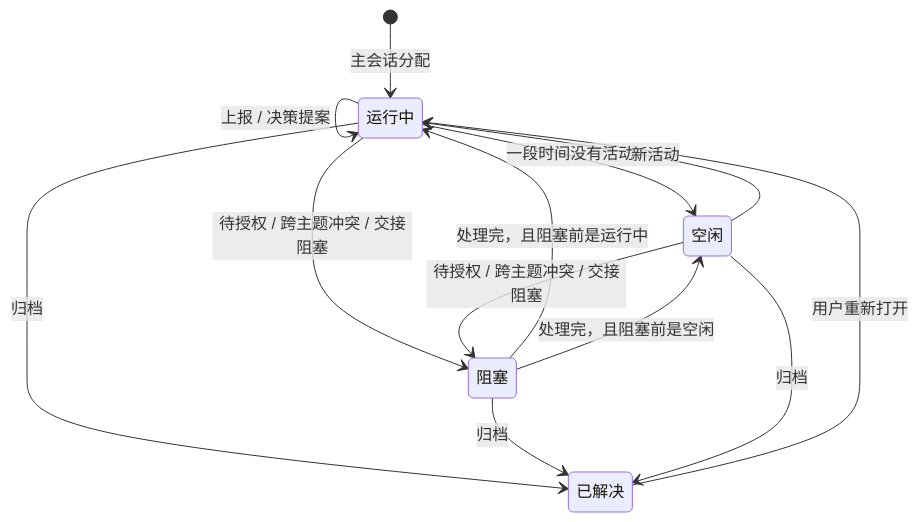
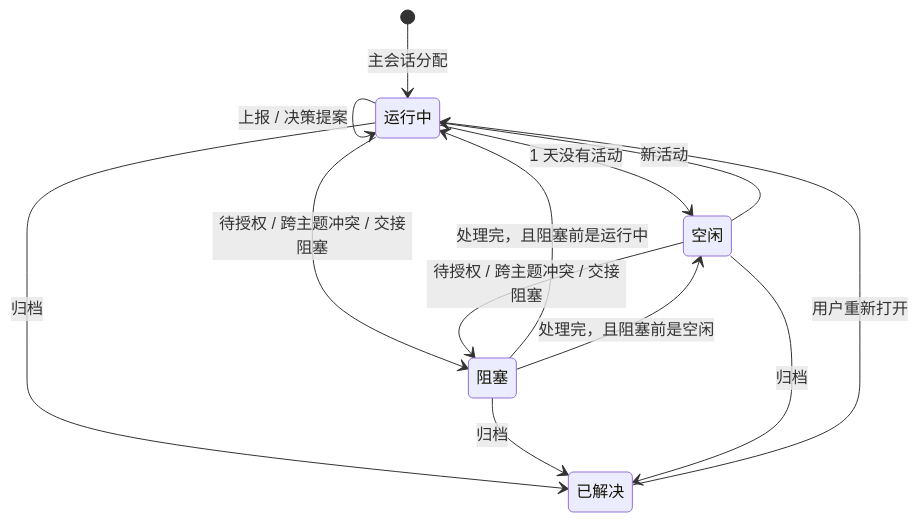
The diagram in docs/design/cowork-sidebar/topic-page.md (leigangzhang/dsh-cowork), drawn with Mermaid before and after one commit. The commit also changed other lines of this file and 6 other files, not shown here.

````diff
--- a/docs/design/cowork-sidebar/topic-page.md
+++ b/docs/design/cowork-sidebar/topic-page.md
@@ -76,15 +91,15 @@
 ```mermaid
 stateDiagram-v2
     [*] --> 运行中: 主会话分配
     运行中 --> 运行中: 上报 / 决策提案
-    运行中 --> 空闲: 一段时间没有活动
+    运行中 --> 空闲: 1 天没有活动
     空闲 --> 运行中: 新活动
     运行中 --> 阻塞: 待授权 / 跨主题冲突 / 交接阻塞
     空闲 --> 阻塞: 待授权 / 跨主题冲突 / 交接阻塞
     阻塞 --> 运行中: 处理完，且阻塞前是运行中
     阻塞 --> 空闲: 处理完，且阻塞前是空闲
     运行中 --> 已解决: 归档
     阻塞 --> 已解决: 归档
     空闲 --> 已解决: 归档
     已解决 --> 运行中: 用户重新打开
 ```
````
